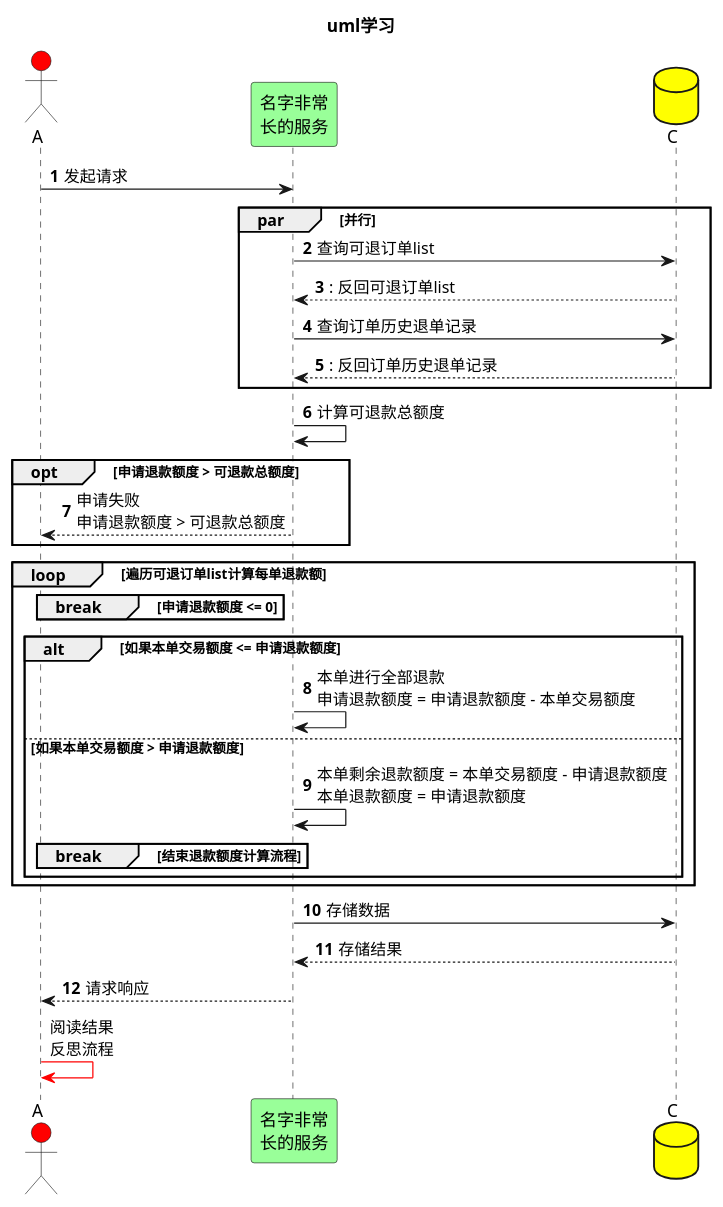
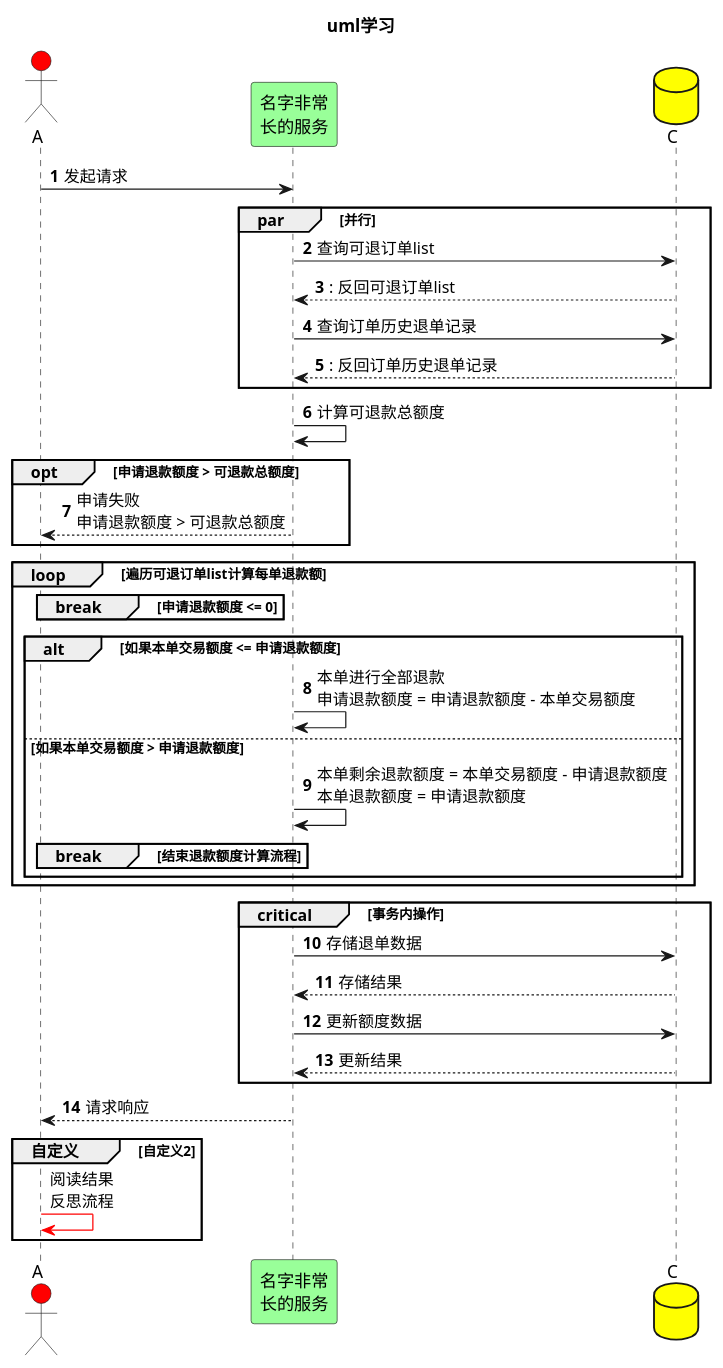
The diagram in diagram/Demo.puml (dictionaryshi/wxjj), drawn with PlantUML before and after one commit.

Commit message:
Demo.puml

```diff
--- a/diagram/Demo.puml
+++ b/diagram/Demo.puml
@@ -1,46 +1,52 @@
 @startuml
 'uml学习'
 
 title uml学习
 
 actor A #red
 participant B as "名字非常\n长的服务" #99FF99
 database C #yellow
 
 autonumber 1
 A -> B: 发起请求
 
 par 并行
 B -> C: 查询可退订单list
 return: 反回可退订单list
 B -> C: 查询订单历史退单记录
 return: 反回订单历史退单记录
 end
 
 B -> B: 计算可退款总额度
 opt 申请退款额度 > 可退款总额度
 B --> A: 申请失败\n申请退款额度 > 可退款总额度
 end
 
 loop 遍历可退订单list计算每单退款额
 break 申请退款额度 <= 0
 end
 
 alt 如果本单交易额度 <= 申请退款额度
 B -> B: 本单进行全部退款\n申请退款额度 = 申请退款额度 - 本单交易额度
 else 如果本单交易额度 > 申请退款额度
 B -> B: 本单剩余退款额度 = 本单交易额度 - 申请退款额度\n本单退款额度 = 申请退款额度
 break 结束退款额度计算流程
 end
 end
 end
 
-B -> C: 存储数据
+critical 事务内操作
+B -> C: 存储退单数据
 return 存储结果
+B -> C: 更新额度数据
+return 更新结果
+end
 
 B --> A: 请求响应
 autonumber stop
 
+group 自定义 [自定义2]
 A -[#red]> A: 阅读结果\n反思流程
+end
 
 @enduml
```
